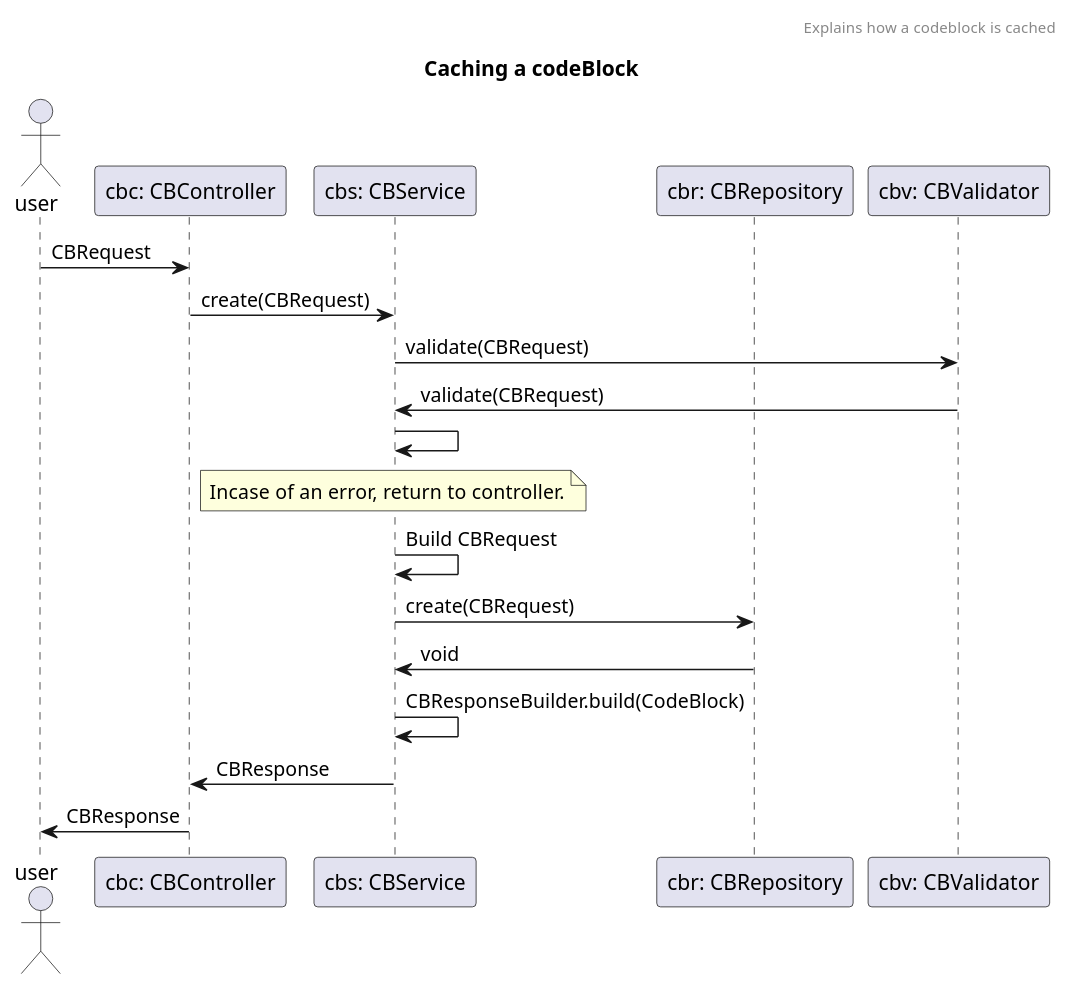
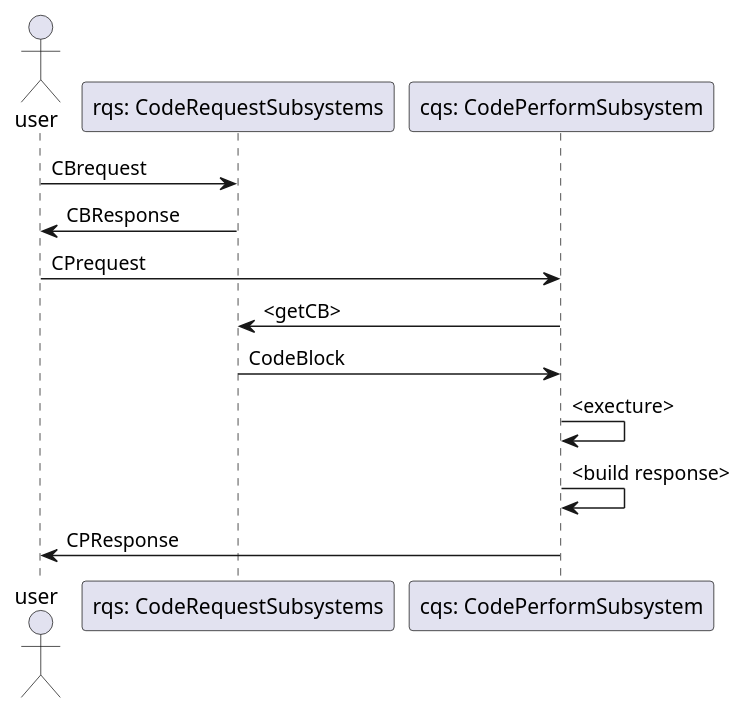
One commit to yilmazerd/simplerest01 changed the diagram in src/main/java/design/RunCodeBlock.puml. Above: the diagram before and after it, drawn with PlantUML. The commit also changed 16 other files, not shown here.

```diff
--- a/src/main/java/design/RunCodeBlock.puml
+++ b/src/main/java/design/RunCodeBlock.puml
@@ -1,33 +1,16 @@
 @startuml
 
     actor user
-    participant "cbc: CBController" as cbc
-    participant "cbs: CBService" as cbs
-        participant "cbr: CBRepository" as cbr
-    participant "cbv: CBValidator" as cbv
+    participant "rqs: CodeRequestSubsystems" as rqs
+    participant "cqs: CodePerformSubsystem" as cbs
 
-
-    user -> cbc: CBRequest
-
-    title Caching a codeBlock
-    header
-    Explains how  a codeblock is cached
-    endheader
-
-    cbc->cbs: create(CBRequest)
-    cbs->cbv: validate(CBRequest)
-    cbs<-cbv: validate(CBRequest)
-    cbs->cbs:
-            note over cbs
-                Incase of an error, return to controller.
-            end note
-    cbs->cbs: Build CBRequest
-    cbs->cbr: create(CBRequest)
-    cbr->cbs: void
-    cbs->cbs: CBResponseBuilder.build(CodeBlock)
-    cbc<-cbs: CBResponse
-    user<-cbc: CBResponse
-
-
+    user -> rqs : CBrequest
+    user <- rqs : CBResponse
+    user -> cbs : CPrequest
+    cbs -> rqs  : <getCB>
+    rqs -> cbs  : CodeBlock
+    cbs -> cbs : <execture>
+    cbs -> cbs : <build response>
+    cbs -> user : CPResponse
 
     @enduml
```
